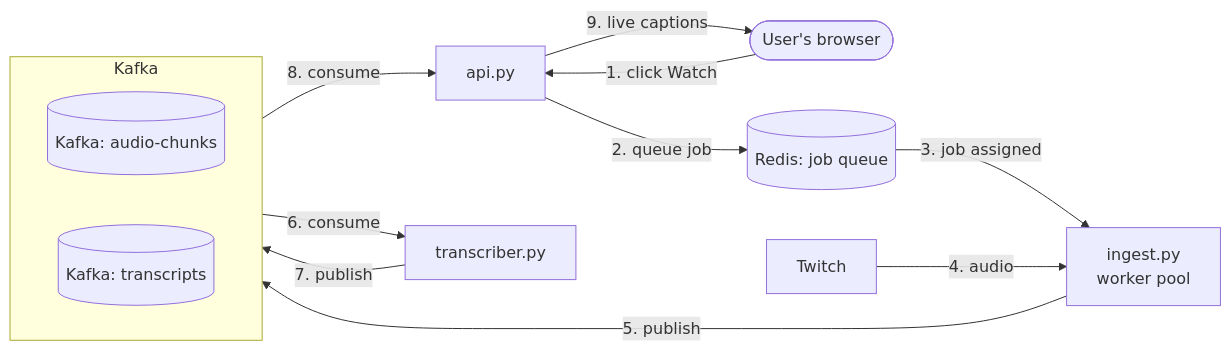
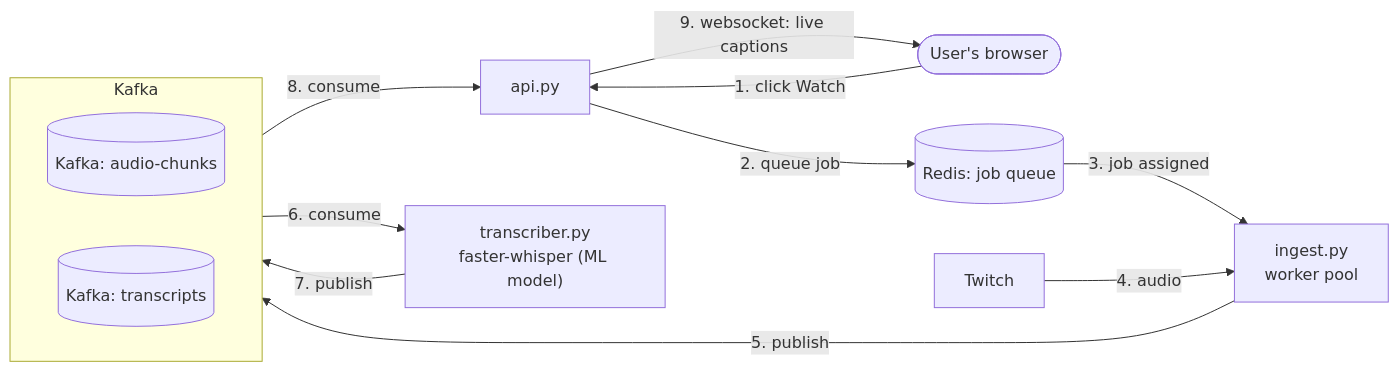
Before and after one commit to maximka76667/twitch-transcription: the diagram in README.md, drawn with Mermaid.

Commit message:
docs: update diagram

````diff
--- a/README.md
+++ b/README.md
@@ -16,25 +16,25 @@
 ```mermaid
 flowchart LR
     USER(["User's browser"])
     API["api.py"]
     REDISQ[("Redis: job queue")]
     ING["ingest.py<br/>worker pool"]
     TWITCH["Twitch"]
-    TRX["transcriber.py"]
+    TRX["transcriber.py<br/>faster-whisper (ML model)"]
 
     subgraph KAFKA [Kafka]
         direction LR
         T1[("Kafka: audio-chunks")]
         T2[("Kafka: transcripts")]
     end
 
     USER -- "1. click Watch" --> API
     API -- "2. queue job" --> REDISQ
     REDISQ -- "3. job assigned" --> ING
     TWITCH -- "4. audio" --> ING
     ING -- "5. publish" --> T1
     T1 -- "6. consume" --> TRX
     TRX -- "7. publish" --> T2
     T2 -- "8. consume" --> API
-    API -- "9. live captions" --> USER
+    API -- "9. websocket: live captions" --> USER
 ```
````
